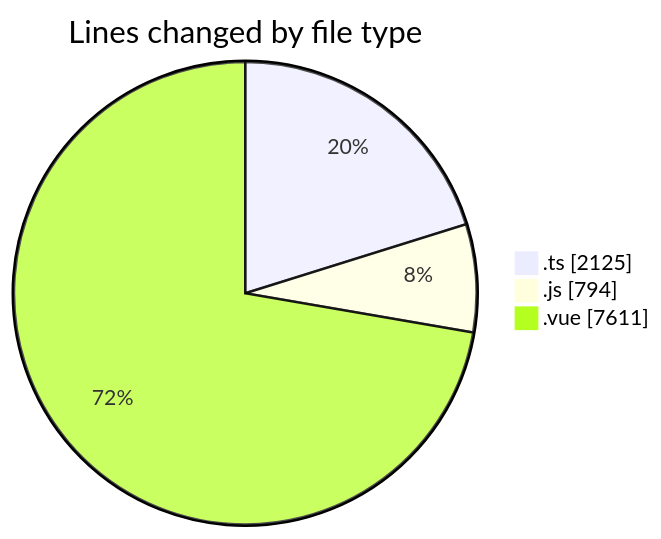
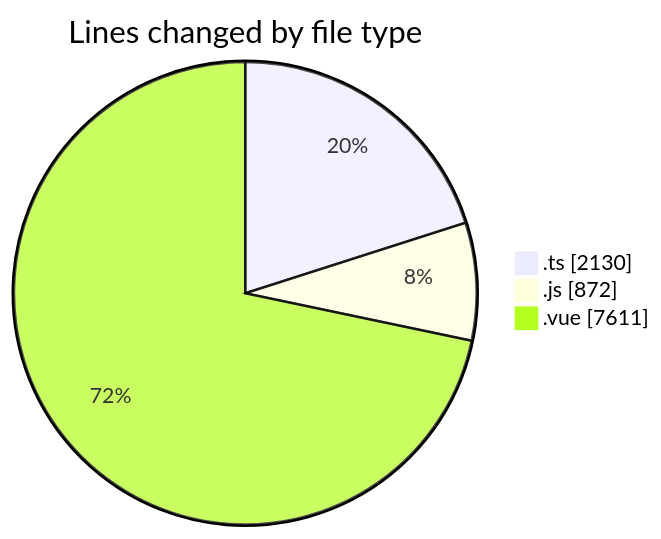
One commit to lephambinh05/code-tracking changed the first of 2 diagrams in 2025-08-16/rentotp/README.md. Above: the diagram before and after it, drawn with Mermaid. The commit also changed other lines of this file and 1 other file, not shown here.

````diff
--- a/2025-08-16/rentotp/README.md
+++ b/2025-08-16/rentotp/README.md
@@ -49,7 +51,7 @@
 ```mermaid
 pie showData
 title Lines changed by file type
-".ts" : 2125
-".js" : 794
+".ts" : 2130
+".js" : 872
 ".vue" : 7611
 ```
````
